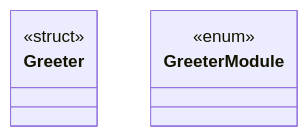
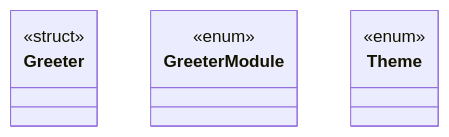
One commit to abbeyjackson/coast-m2-throwaway changed the diagram in docs/diagrams/Greeter-classes.md. Above: the diagram before and after it, drawn with Mermaid. The commit also changed 67 other files, not shown here.

````diff
--- a/docs/diagrams/Greeter-classes.md
+++ b/docs/diagrams/Greeter-classes.md
@@ -5,9 +5,12 @@
 ```mermaid
 classDiagram
     class Greeter {
         <<struct>>
     }
     class GreeterModule {
         <<enum>>
     }
+    class Theme {
+        <<enum>>
+    }
 ```
````
